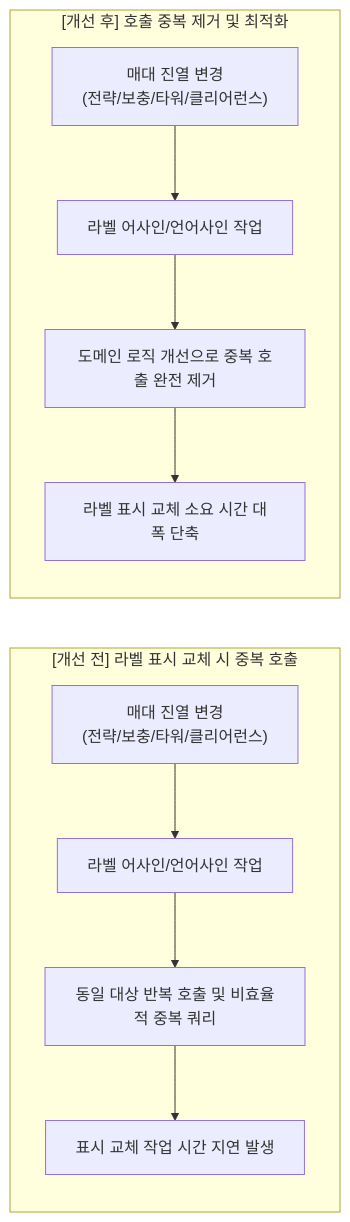
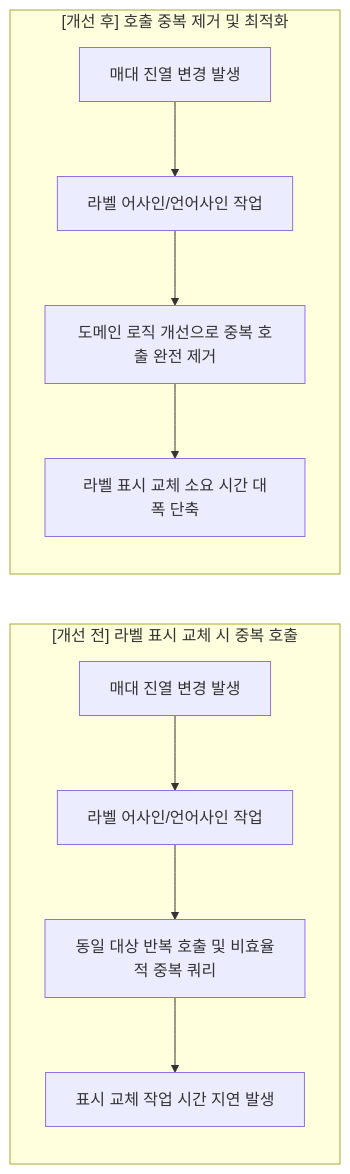
One commit to djpibo/djpibo.github.io changed the fourth of 5 diagrams in docs/case/2026-1Q/oy-sale-stat-hourly-cpu-sql.md. Above: the diagram before and after it, drawn with Mermaid. The commit also changed other lines of this file and 1 other file, not shown here.

````diff
--- a/docs/case/2026-1Q/oy-sale-stat-hourly-cpu-sql.md
+++ b/docs/case/2026-1Q/oy-sale-stat-hourly-cpu-sql.md
@@ -205,18 +205,18 @@
 ```mermaid
 flowchart LR
     subgraph Before["[개선 전] 라벨 표시 교체 시 중복 호출"]
         direction TB
-        E1["매대 진열 변경<br/>(전략/보충/타워/클리어런스)"]
+        E1["매대 진열 변경 발생"]
         E1 --> E2["라벨 어사인/언어사인 작업"]
         E2 --> E3["동일 대상 반복 호출 및 비효율적 중복 쿼리"]
         E3 --> E4["표시 교체 작업 시간 지연 발생"]
     end
 
     subgraph After["[개선 후] 호출 중복 제거 및 최적화"]
         direction TB
-        O1["매대 진열 변경<br/>(전략/보충/타워/클리어런스)"]
+        O1["매대 진열 변경 발생"]
         O1 --> O2["라벨 어사인/언어사인 작업"]
         O2 --> O3["도메인 로직 개선으로 중복 호출 완전 제거"]
         O3 --> O4["라벨 표시 교체 소요 시간 대폭 단축"]
     end
 ```
````
